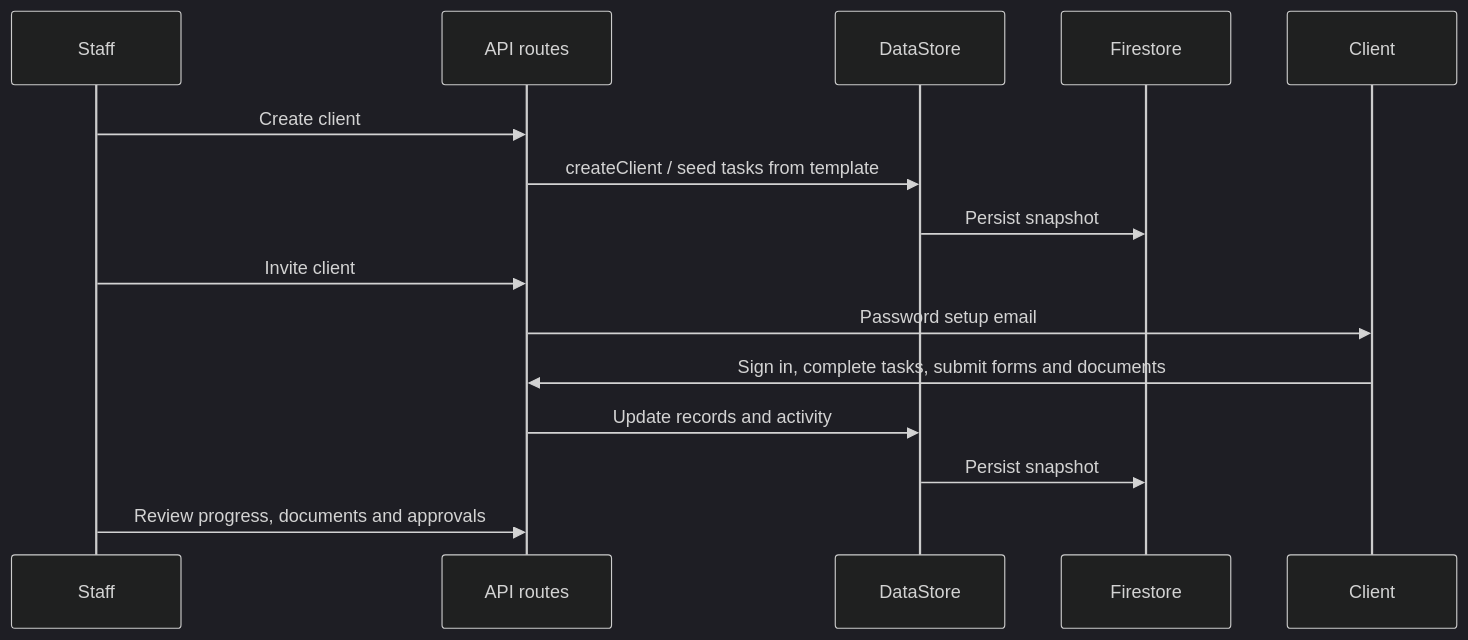
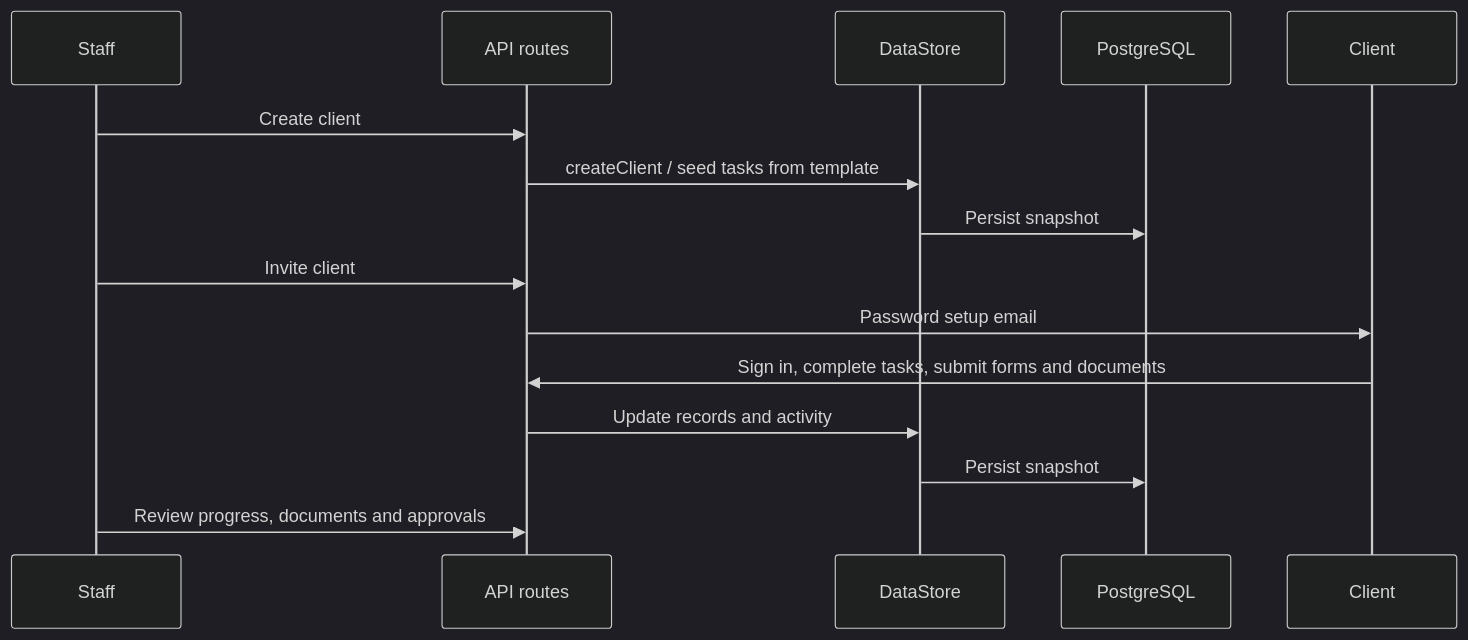
The diagram in architecture/system.md (brcbro/boatship), drawn with Mermaid (dark theme) before and after one commit. The commit also changed other lines of this file and 17 other files, not shown here.

First line of the commit message:
Move persistence to PostgreSQL on ClickHouse Cloud

````diff
--- a/architecture/system.md
+++ b/architecture/system.md
@@ -42,17 +42,17 @@
 ```mermaid
 sequenceDiagram
   participant Staff
   participant API as API routes
   participant Store as DataStore
-  participant DB as Firestore
+  participant DB as PostgreSQL
   participant Client
   Staff->>API: Create client
   API->>Store: createClient / seed tasks from template
   Store->>DB: Persist snapshot
   Staff->>API: Invite client
   API->>Client: Password setup email
   Client->>API: Sign in, complete tasks, submit forms and documents
   API->>Store: Update records and activity
   Store->>DB: Persist snapshot
   Staff->>API: Review progress, documents and approvals
 ```
````
